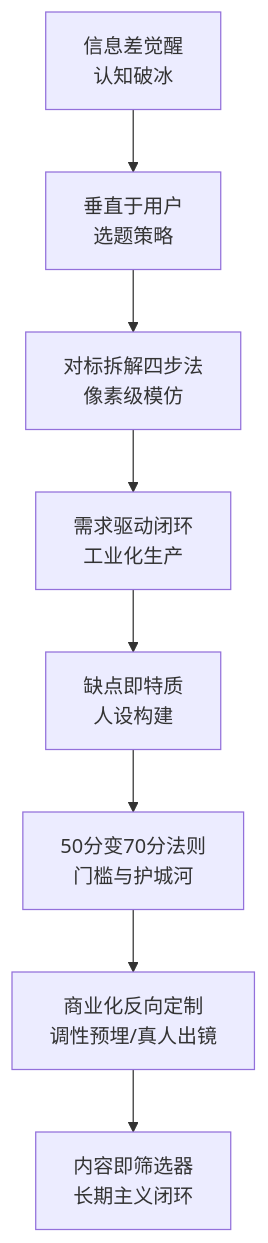
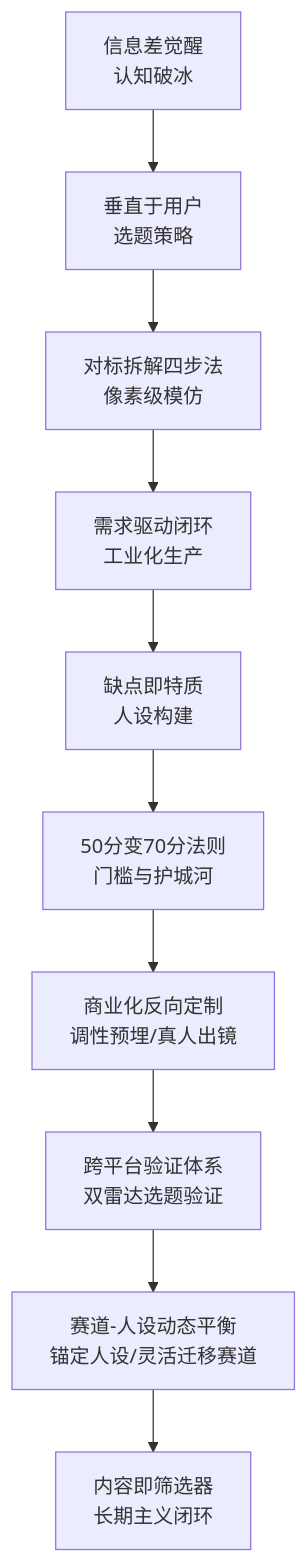
Before and after one commit to OpenDocCN1/flygon-zhuanqian-zhoubao: the ninth of 9 diagrams in docs/202305_paper2textbook/chapter_029.md, drawn with Mermaid. The commit also changed other lines of this file and 1 other file, not shown here.

````diff
--- a/docs/202305_paper2textbook/chapter_029.md
+++ b/docs/202305_paper2textbook/chapter_029.md
@@ -624,10 +820,12 @@
 ```mermaid
 graph TD
     A[信息差觉醒<br/>认知破冰] --> B[垂直于用户<br/>选题策略]
     B --> C[对标拆解四步法<br/>像素级模仿]
     C --> D[需求驱动闭环<br/>工业化生产]
     D --> E[缺点即特质<br/>人设构建]
     E --> F[50分变70分法则<br/>门槛与护城河]
     F --> G[商业化反向定制<br/>调性预埋/真人出镜]
-    G --> H[内容即筛选器<br/>长期主义闭环]
+    G --> H[跨平台验证体系<br/>双雷达选题验证]
+    H --> I[赛道-人设动态平衡<br/>锚定人设/灵活迁移赛道]
+    I --> J[内容即筛选器<br/>长期主义闭环]
 ```
````
